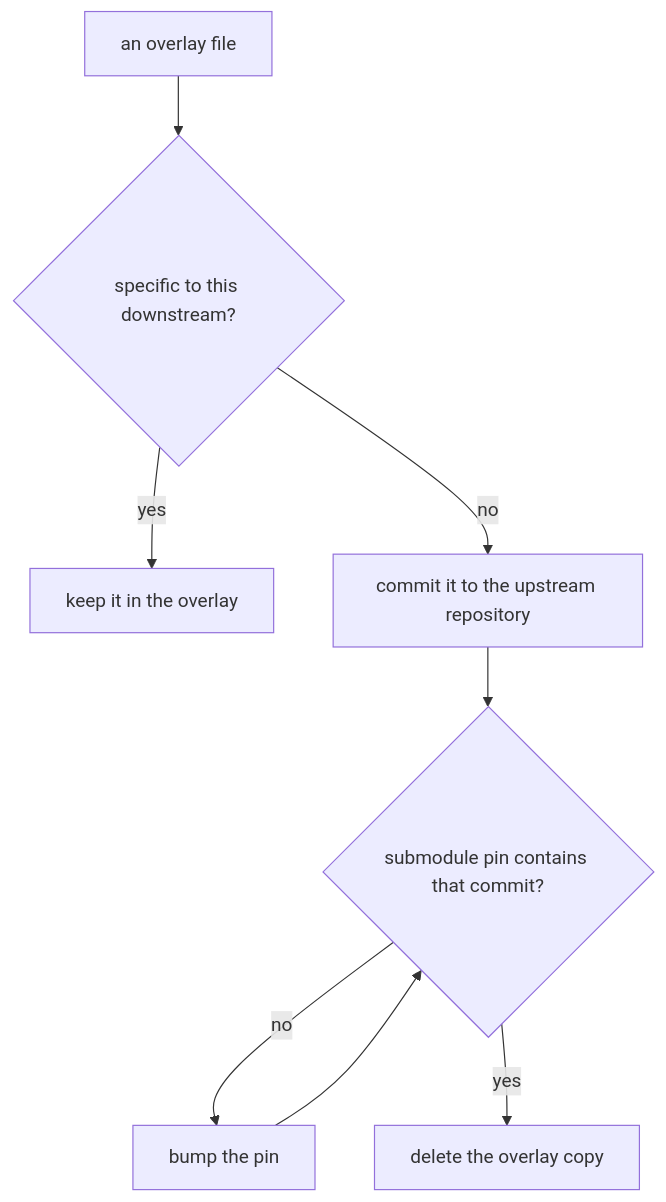
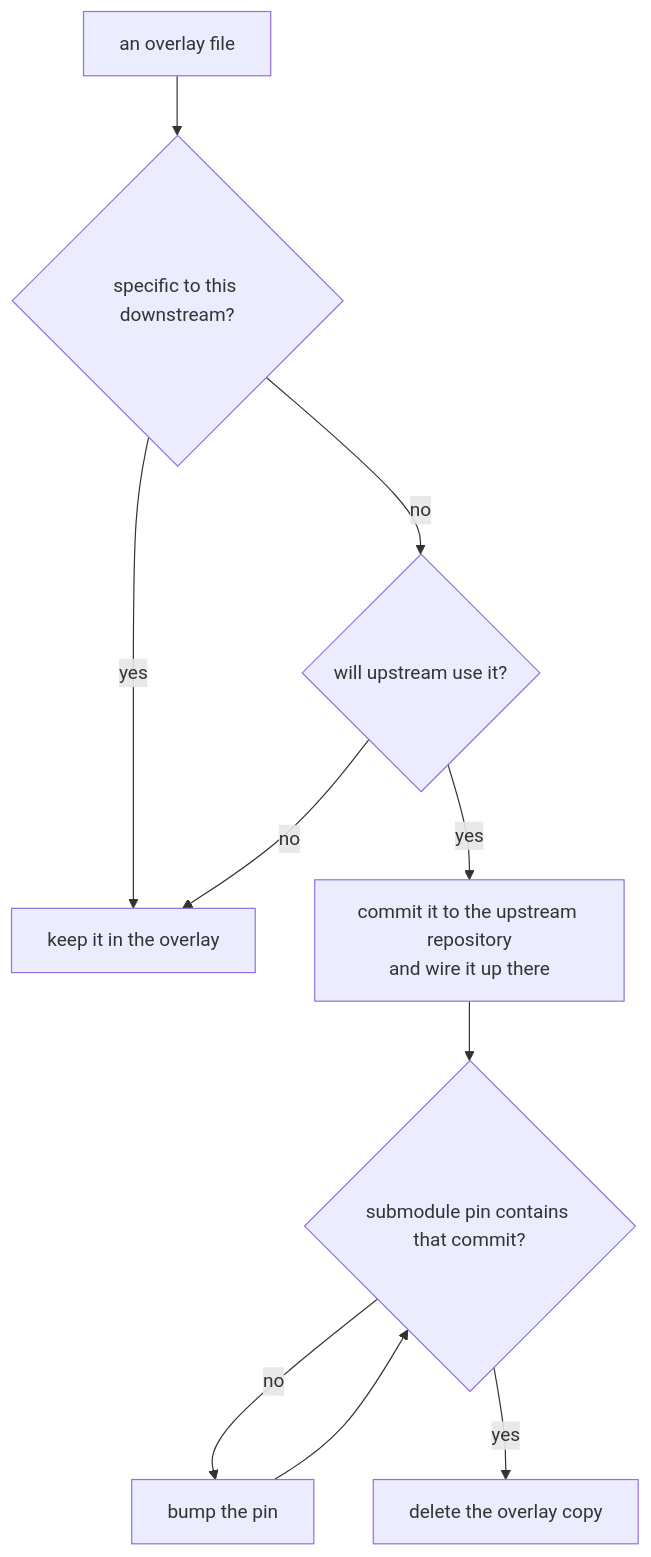
The fourth of 4 diagrams in .agents/skills/distill/SKILL.md (Theta-Tech-AI/llm-public-utils), drawn with Mermaid before and after one commit. The commit also changed other lines of this file, not shown here.

First line of the commit message:
distill: wire distilled code up upstream, catch up first, seams, verify

````diff
--- a/.agents/skills/distill/SKILL.md
+++ b/.agents/skills/distill/SKILL.md
@@ -61,11 +96,13 @@
 ```mermaid
 flowchart TB
   file["an overlay file"]
   file --> owned{"specific to this downstream?"}
   owned -->|yes| stay["keep it in the overlay"]
-  owned -->|no| commit["commit it to the upstream repository"]
+  owned -->|no| used{"will upstream use it?"}
+  used -->|no| stay
+  used -->|yes| commit["commit it to the upstream repository<br/>and wire it up there"]
   commit --> pin{"submodule pin contains that commit?"}
   pin -->|no| bump["bump the pin"]
   bump --> pin
   pin -->|yes| delete["delete the overlay copy"]
 ```
````
